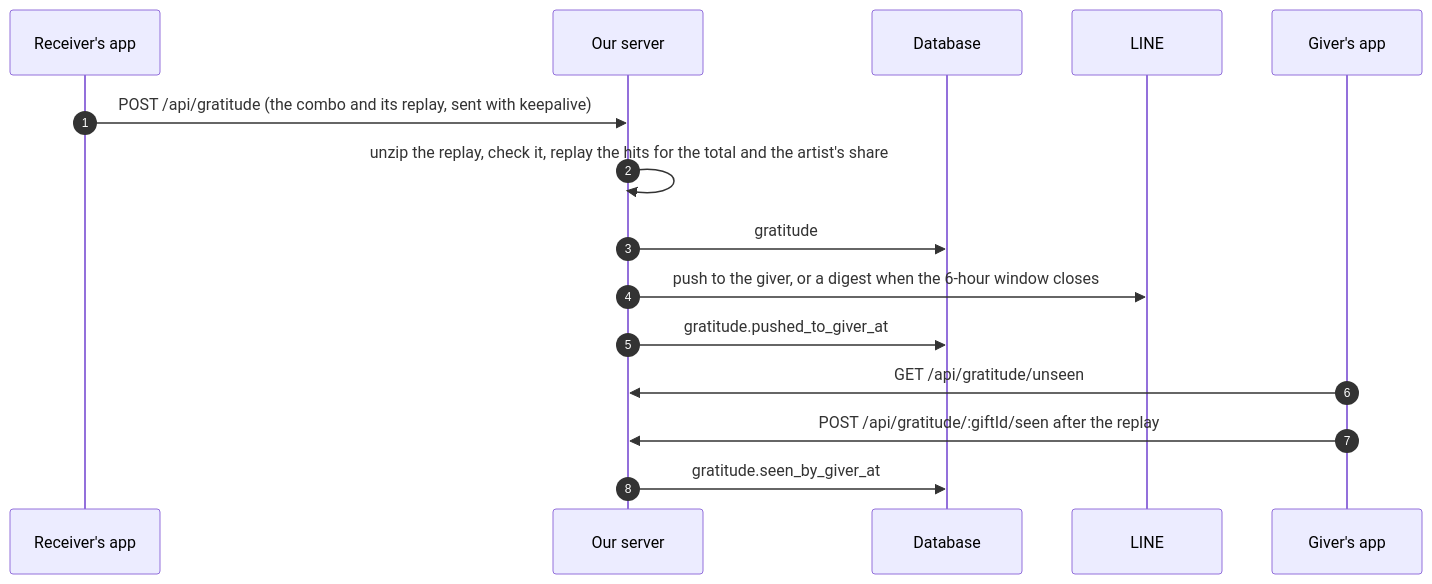
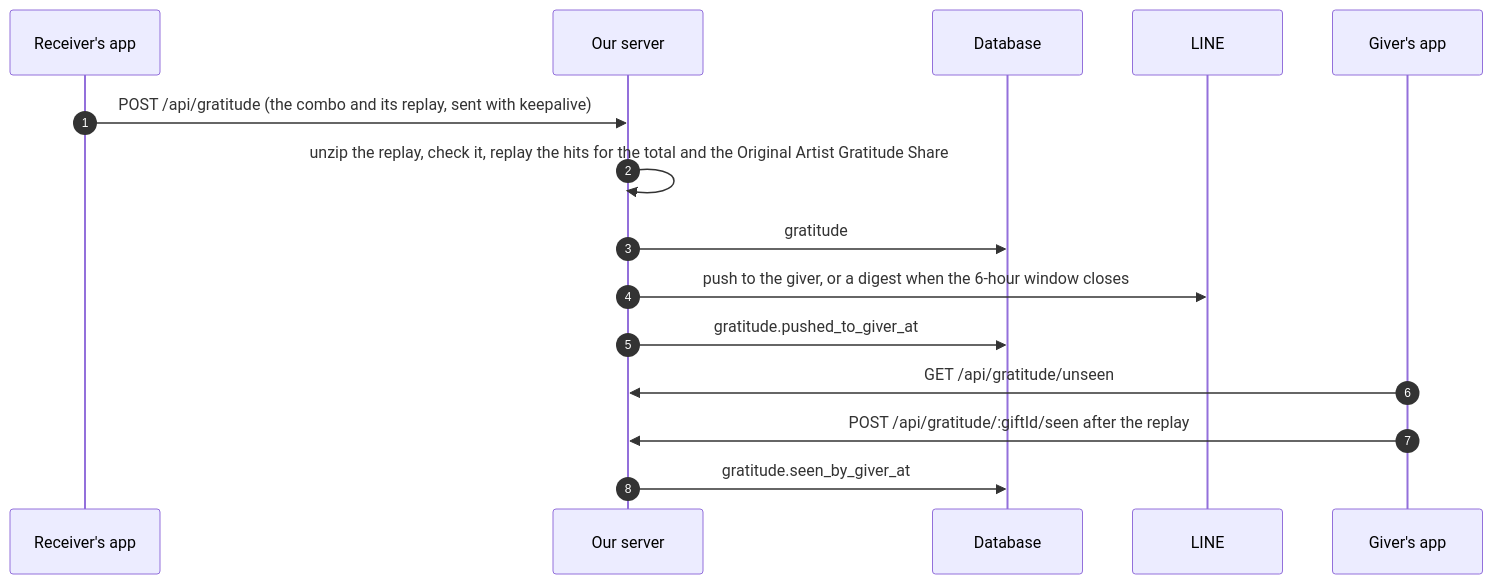
The fourth of 5 diagrams in docs/superpowers/specs/2026-09-25-database-schema.md (ethglobal-tokyo-2026/drawing-app), drawn with Mermaid before and after one commit. The commit also changed other lines of this file and 2 other files, not shown here.

First line of the commit message:
refactor(db): match the draft schema to main's vocabulary and gratitude design

````diff
--- a/docs/superpowers/specs/2026-09-25-database-schema.md
+++ b/docs/superpowers/specs/2026-09-25-database-schema.md
@@ -207,17 +207,17 @@
 ```mermaid
 sequenceDiagram
   autonumber
   participant Receiver as Receiver's app
   participant API as Our server
   participant DB as Database
   participant LINE
   participant Giver as Giver's app
   Receiver->>API: POST /api/gratitude (the combo and its replay, sent with keepalive)
-  API->>API: unzip the replay, check it, replay the hits for the total and the artist's share
+  API->>API: unzip the replay, check it, replay the hits for the total and the Original Artist Gratitude Share
   API->>DB: gratitude
   API->>LINE: push to the giver, or a digest when the 6-hour window closes
   API->>DB: gratitude.pushed_to_giver_at
   Giver->>API: GET /api/gratitude/unseen
   Giver->>API: POST /api/gratitude/:giftId/seen after the replay
   API->>DB: gratitude.seen_by_giver_at
 ```
````
